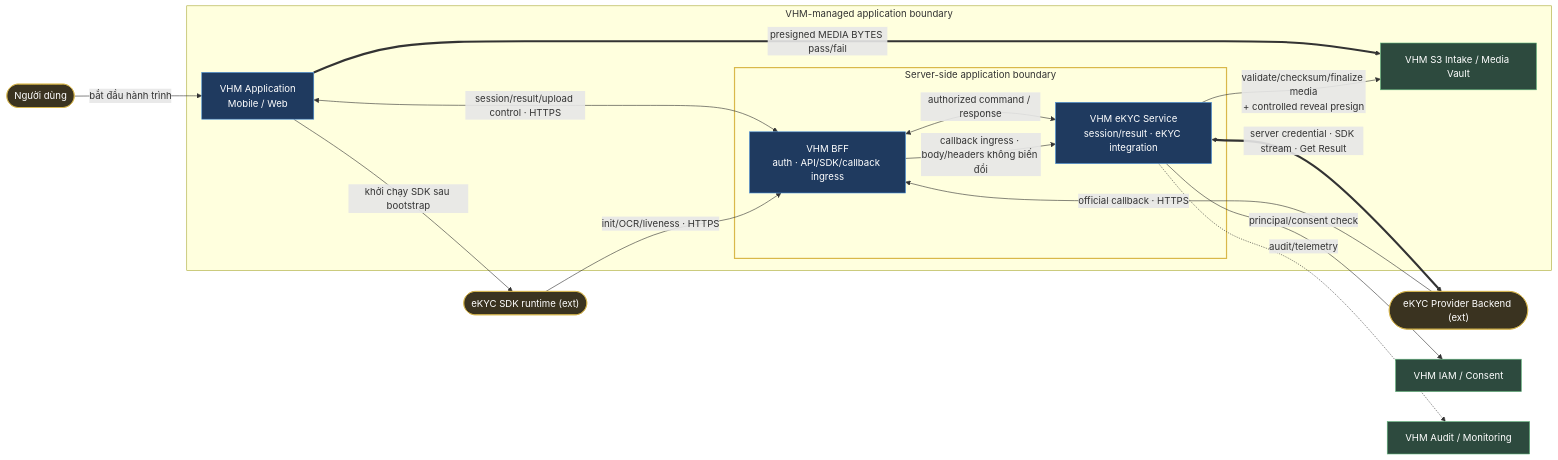
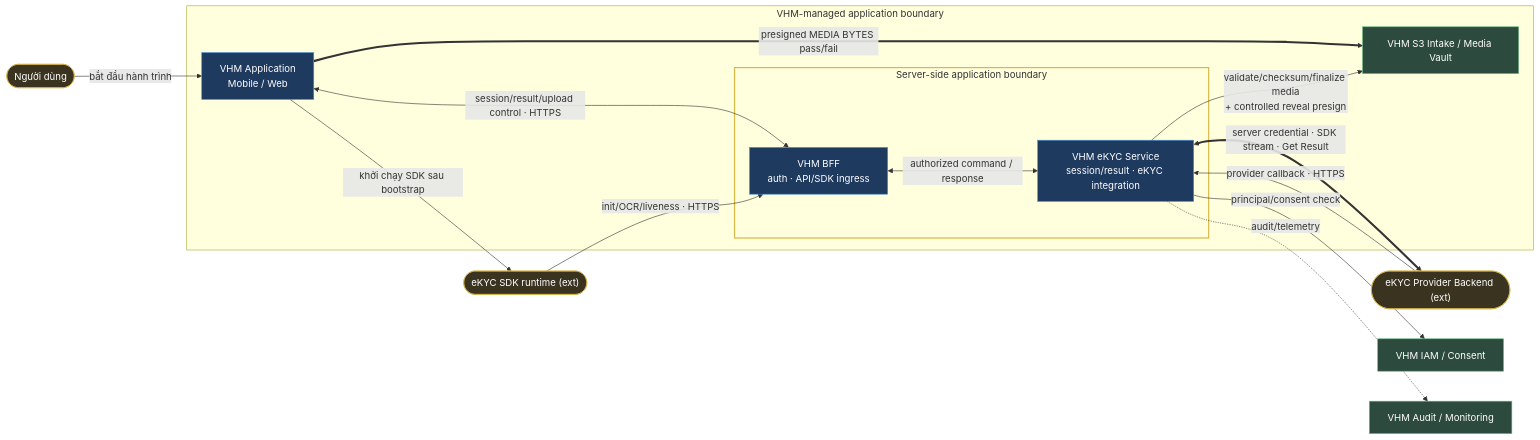
One commit to huynv-xyz/vhm changed the second of 19 diagrams in tdd2.md. Above: the diagram before and after it, drawn with Mermaid. The commit also changed other lines of this file, not shown here.

````diff
--- a/tdd2.md
+++ b/tdd2.md
@@ -411,35 +410,34 @@
 ```mermaid
 flowchart LR
     USER(["Người dùng"]):::entity
     SDK(["eKYC SDK runtime (ext)"]):::entity
     BACKEND(["eKYC Provider Backend (ext)"]):::entity
     IAM["VHM IAM / Consent"]:::owned
     OBS["VHM Audit / Monitoring"]:::owned
 
     subgraph SYS["VHM-managed application boundary"]
         APP["VHM Application<br/>Mobile / Web"]:::bc
         S3["VHM S3 Intake / Media Vault"]:::owned
         subgraph VHMBE["Server-side application boundary"]
-            BFF["VHM BFF<br/>auth · API/SDK/callback ingress"]:::bc
+            BFF["VHM BFF<br/>auth · API/SDK ingress"]:::bc
             EKYC_SERVICE["VHM eKYC Service<br/>session/result · eKYC integration"]:::bc
         end
     end
 
     USER -->|bắt đầu hành trình| APP
     APP <-->|session/result/upload control · HTTPS| BFF
     APP -->|khởi chạy SDK sau bootstrap| SDK
     SDK -->|init/OCR/liveness · HTTPS| BFF
     BFF <-->|authorized command / response| EKYC_SERVICE
     APP ==>|presigned MEDIA BYTES pass/fail| S3
     EKYC_SERVICE <==>|server credential · SDK stream · Get Result| BACKEND
-    BACKEND -->|official callback · HTTPS| BFF
-    BFF -->|callback ingress · body/headers không biến đổi| EKYC_SERVICE
+    BACKEND -->|provider callback · HTTPS| EKYC_SERVICE
     EKYC_SERVICE -->|principal/consent check| IAM
     EKYC_SERVICE -->|validate/checksum/finalize media<br/>+ controlled reveal presign| S3
     EKYC_SERVICE -.->|audit/telemetry| OBS
 
     classDef bc fill:#1f3a5f,stroke:#4a90d9,color:#fff;
     classDef owned fill:#2d4a3e,stroke:#5fb37a,color:#fff;
     classDef entity fill:#3a3320,stroke:#d9b84a,color:#fff;
     style VHMBE stroke:#d9b84a,stroke-width:2px
 ```
````
